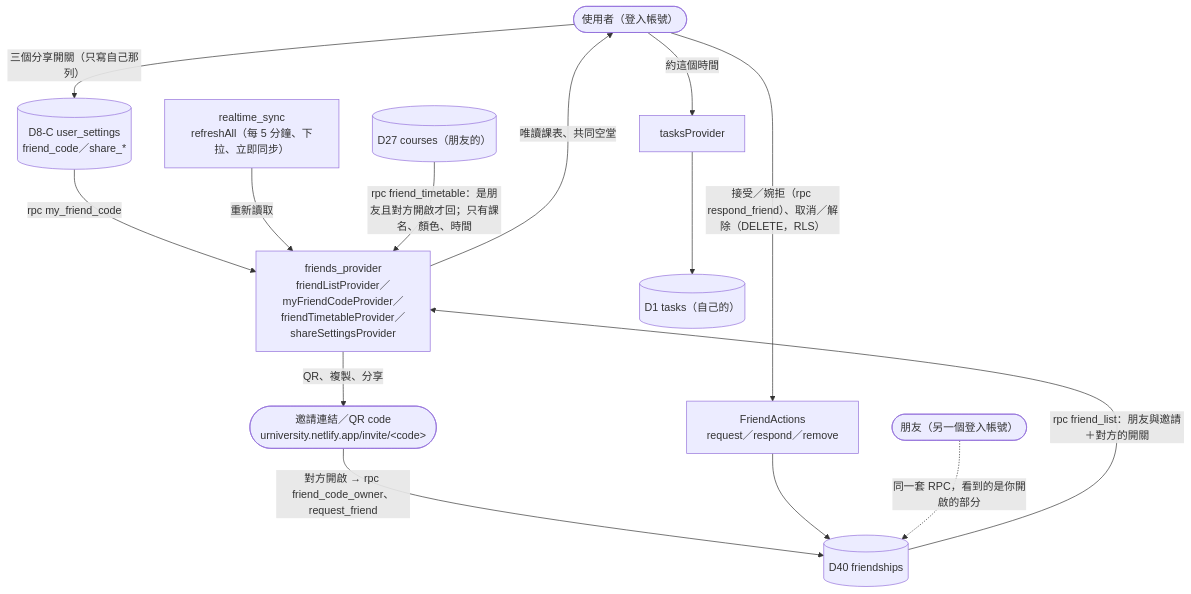
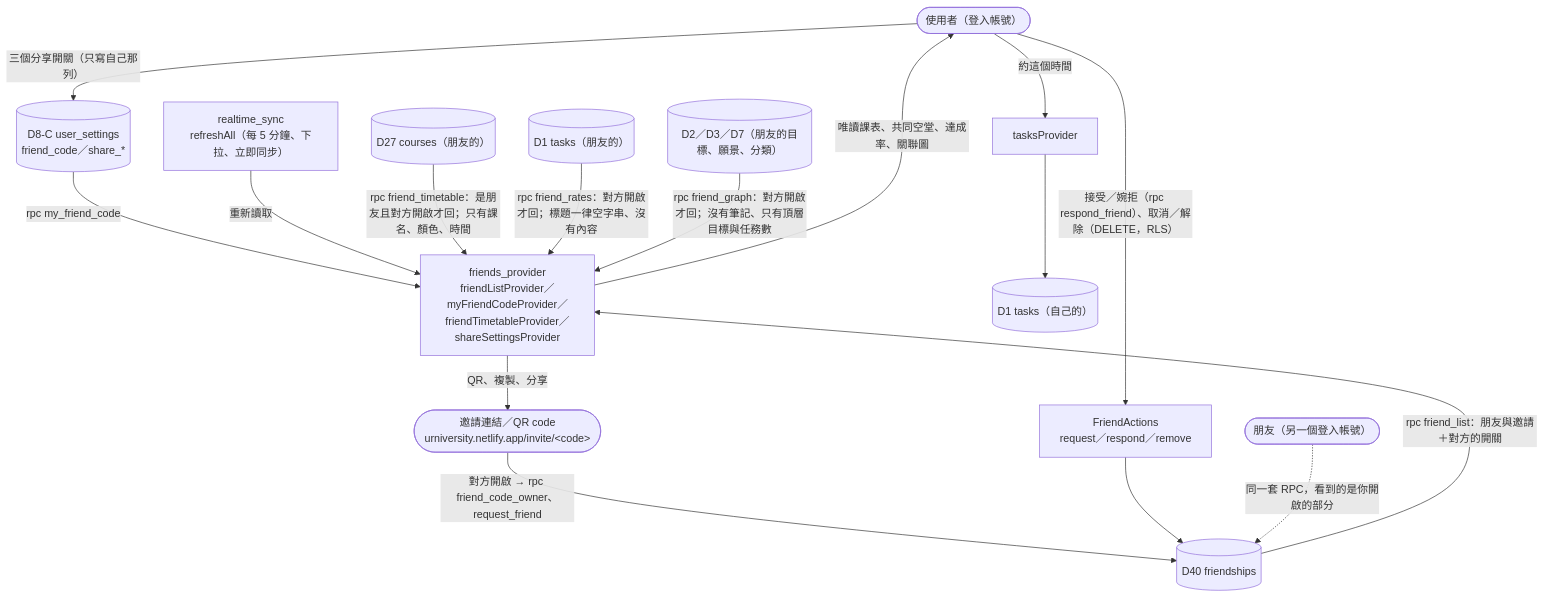
Diagram 12 of 12 in docs/data_flow_diagram.md (octofield/URniversity), drawn with Mermaid before and after one commit. The commit also changed other lines of this file and 24 other files, not shown here.

````diff
--- a/docs/data_flow_diagram.md
+++ b/docs/data_flow_diagram.md
@@ -613,36 +613,40 @@
 ```mermaid
 flowchart TD
     Me(["使用者（登入帳號）"])
     Friend(["朋友（另一個登入帳號）"])
     Link(["邀請連結／QR code
 urniversity.netlify.app/invite/&lt;code&gt;"])
 
     PF["friends_provider
 friendListProvider／myFriendCodeProvider／
 friendTimetableProvider／shareSettingsProvider"]
     PAct["FriendActions
 request／respond／remove"]
     PSync["realtime_sync
 refreshAll（每 5 分鐘、下拉、立即同步）"]
     PTasks["tasksProvider"]
 
     DSet[("D8-C user_settings
 friend_code／share_*")]
     DFr[("D40 friendships")]
     DCo[("D27 courses（朋友的）")]
+    DFT[("D1 tasks（朋友的）")]
+    DFG[("D2／D3／D7（朋友的目標、願景、分類）")]
     DTask[("D1 tasks（自己的）")]
 
     Me -- "三個分享開關（只寫自己那列）" --> DSet
     DSet -- "rpc my_friend_code" --> PF
     PF -- "QR、複製、分享" --> Link
     Link -- "對方開啟 → rpc friend_code_owner、request_friend" --> DFr
     Me -- "接受／婉拒（rpc respond_friend）、取消／解除（DELETE，RLS）" --> PAct
     PAct --> DFr
     DFr -- "rpc friend_list：朋友與邀請＋對方的開關" --> PF
     PSync -- "重新讀取" --> PF
     DCo -- "rpc friend_timetable：是朋友且對方開啟才回；只有課名、顏色、時間" --> PF
-    PF -- "唯讀課表、共同空堂" --> Me
+    DFT -- "rpc friend_rates：對方開啟才回；標題一律空字串、沒有內容" --> PF
+    DFG -- "rpc friend_graph：對方開啟才回；沒有筆記、只有頂層目標與任務數" --> PF
+    PF -- "唯讀課表、共同空堂、達成率、關聯圖" --> Me
     Me -- "約這個時間" --> PTasks
     PTasks --> DTask
     Friend -. "同一套 RPC，看到的是你開啟的部分" .-> DFr
 ```
````
